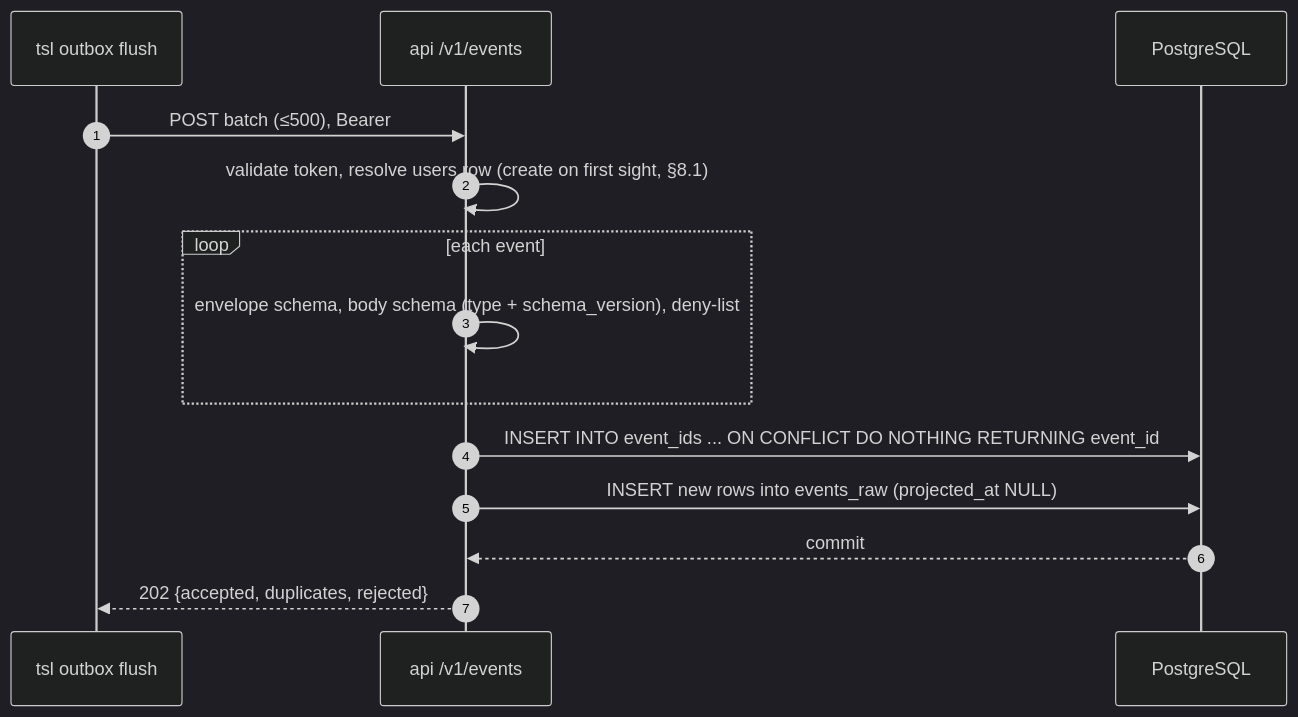
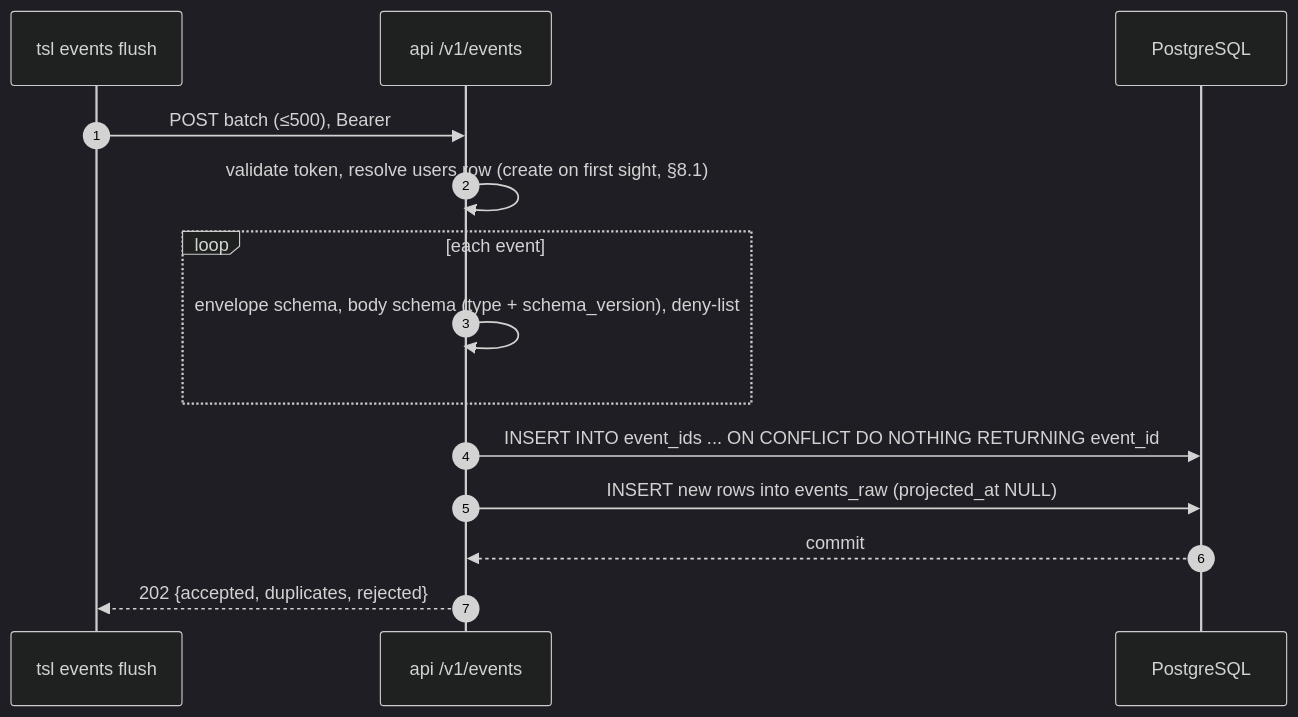
Before and after one commit to puneetsinghnanda/AI-Skill-Library: the second of 4 diagrams in docs/design/SDD-08-telemetry-insights.md, drawn with Mermaid (dark theme). The commit also changed other lines of this file and 30 other files, not shown here.

````diff
--- a/docs/design/SDD-08-telemetry-insights.md
+++ b/docs/design/SDD-08-telemetry-insights.md
@@ -136,16 +168,16 @@
 ```mermaid
 sequenceDiagram
   autonumber
-  participant T as tsl outbox flush
+  participant T as tsl events flush
   participant A as api /v1/events
   participant DB as PostgreSQL
   T->>A: POST batch (≤500), Bearer
   A->>A: validate token, resolve users row (create on first sight, §8.1)
   loop each event
     A->>A: envelope schema, body schema (type + schema_version), deny-list
   end
   A->>DB: INSERT INTO event_ids ... ON CONFLICT DO NOTHING RETURNING event_id
   A->>DB: INSERT new rows into events_raw (projected_at NULL)
   DB-->>A: commit
   A-->>T: 202 {accepted, duplicates, rejected}
 ```
````
